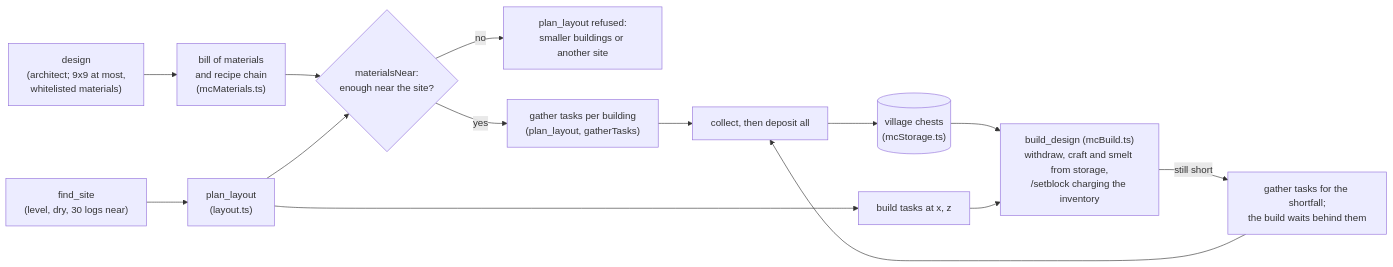
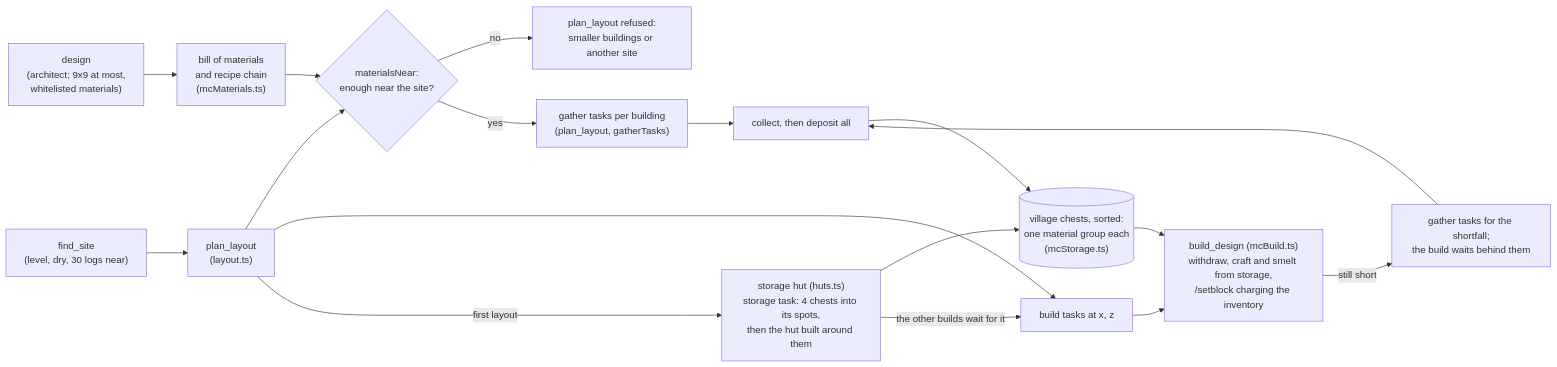
Diagram 12 of 12 in docs/ARCHITECTURE.md (delphium226/MCAISandbox), drawn with Mermaid before and after one commit. The commit also changed other lines of this file and 14 other files, not shown here.

First line of the commit message:
Storage hut and sorted storage (plan steps V.1 + V.2, staged tests)

````diff
--- a/docs/ARCHITECTURE.md
+++ b/docs/ARCHITECTURE.md
@@ -485,16 +489,19 @@
 ```mermaid
 flowchart LR
   site["find_site<br/>(level, dry, 30 logs near)"] --> layout
   design["design<br/>(architect; 9x9 at most,<br/>whitelisted materials)"] --> bom["bill of materials<br/>and recipe chain<br/>(mcMaterials.ts)"]
   bom --> near{"materialsNear:<br/>enough near the site?"}
   near -- no --> refuse["plan_layout refused:<br/>smaller buildings or another site"]
   near -- yes --> tasks["gather tasks per building<br/>(plan_layout, gatherTasks)"]
   layout["plan_layout<br/>(layout.ts)"] --> near
   layout --> buildtask["build tasks at x, z"]
   tasks --> collect["collect, then deposit all"]
-  collect --> storage[("village chests<br/>(mcStorage.ts)")]
+  collect --> storage[("village chests, sorted:<br/>one material group each<br/>(mcStorage.ts)")]
+  layout -- "first layout" --> hut["storage hut (huts.ts)<br/>storage task: 4 chests into its spots,<br/>then the hut built around them"]
+  hut --> storage
+  hut -- "the other builds wait for it" --> buildtask
   storage --> build["build_design (mcBuild.ts)<br/>withdraw, craft and smelt from storage,<br/>/setblock charging the inventory"]
   buildtask --> build
   build -- "still short" --> requeue["gather tasks for the shortfall;<br/>the build waits behind them"]
   requeue --> collect
 ```
````
